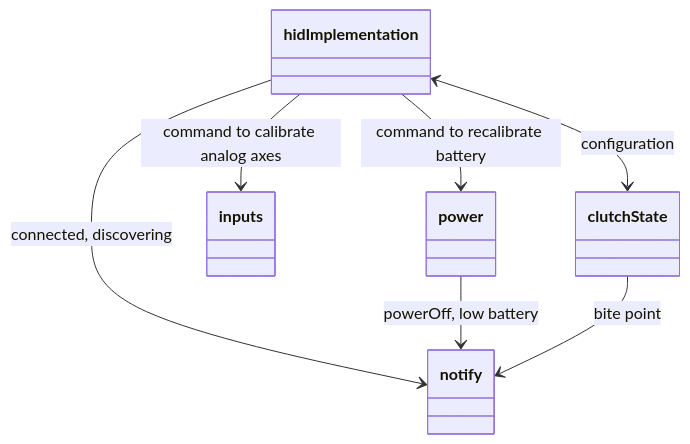
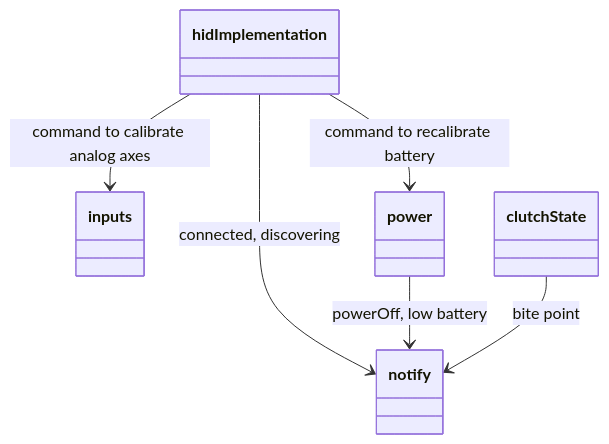
Before and after one commit to afpineda/OpenSourceSimWheelESP32: the second of 3 diagrams in doc/firmware/FirmwareArchitecture_en.md, drawn with Mermaid. The commit also changed other lines of this file and 30 other files, not shown here.

````diff
--- a/doc/firmware/FirmwareArchitecture_en.md
+++ b/doc/firmware/FirmwareArchitecture_en.md
@@ -92,9 +105,8 @@
 ```mermaid
 classDiagram
-    hidImplementation <--> clutchState: configuration
     hidImplementation --> inputs: command to calibrate analog axes
     hidImplementation --> power: command to recalibrate battery
     hidImplementation --> notify: connected, discovering
     power --> notify: powerOff, low battery
     clutchState --> notify: bite point
 ```
````
